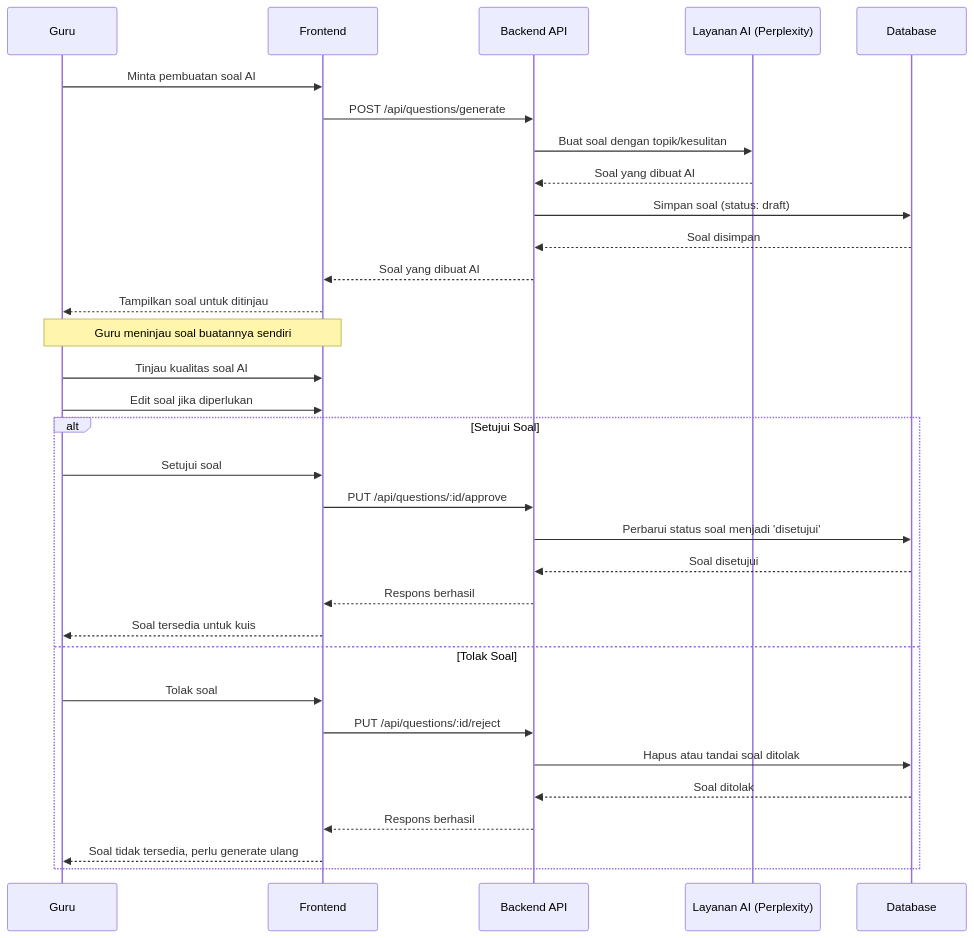
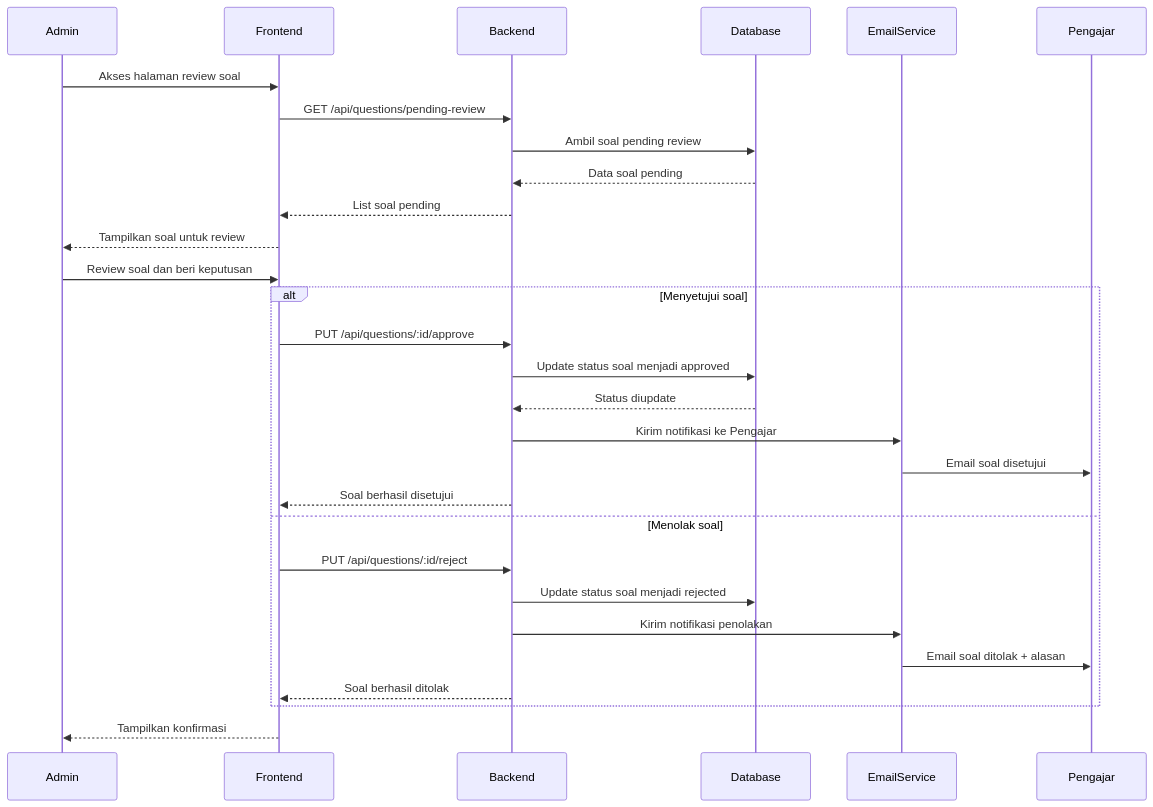
The sixth of 10 diagrams in sequence-diagrams.md (jonito2005/exam-expert-ai-docs), drawn with Mermaid before and after one commit. The commit also changed other lines of this file, not shown here.

````diff
--- a/sequence-diagrams.md
+++ b/sequence-diagrams.md
@@ -101,37 +146,32 @@
 ```mermaid
 sequenceDiagram
-    participant T as Guru
-    participant F as Frontend
-    participant API as Backend API
-    participant AI as Layanan AI (Perplexity)
-    participant DB as Database
+    participant Admin
+    participant Frontend
+    participant Backend
+    participant Database
+    participant EmailService
+    participant Pengajar
 
-    T->>F: Minta pembuatan soal AI
-    F->>API: POST /api/questions/generate
-    API->>AI: Buat soal dengan topik/kesulitan
-    AI-->>API: Soal yang dibuat AI
-    API->>DB: Simpan soal (status: draft)
-    DB-->>API: Soal disimpan
-    API-->>F: Soal yang dibuat AI
-    F-->>T: Tampilkan soal untuk ditinjau
-
-    Note over T,F: Guru meninjau soal buatannya sendiri
-    T->>F: Tinjau kualitas soal AI
-    T->>F: Edit soal jika diperlukan
-    
-    alt Setujui Soal
-        T->>F: Setujui soal
-        F->>API: PUT /api/questions/:id/approve
-        API->>DB: Perbarui status soal menjadi 'disetujui'
-        DB-->>API: Soal disetujui
-        API-->>F: Respons berhasil
-        F-->>T: Soal tersedia untuk kuis
-    else Tolak Soal
-        T->>F: Tolak soal
-        F->>API: PUT /api/questions/:id/reject
-        API->>DB: Hapus atau tandai soal ditolak
-        DB-->>API: Soal ditolak
-        API-->>F: Respons berhasil
-        F-->>T: Soal tidak tersedia, perlu generate ulang
+    Admin->>Frontend: Akses halaman review soal
+    Frontend->>Backend: GET /api/questions/pending-review
+    Backend->>Database: Ambil soal pending review
+    Database-->>Backend: Data soal pending
+    Backend-->>Frontend: List soal pending
+    Frontend-->>Admin: Tampilkan soal untuk review
+    Admin->>Frontend: Review soal dan beri keputusan
+    alt Menyetujui soal
+        Frontend->>Backend: PUT /api/questions/:id/approve
+        Backend->>Database: Update status soal menjadi approved
+        Database-->>Backend: Status diupdate
+        Backend->>EmailService: Kirim notifikasi ke Pengajar
+        EmailService->>Pengajar: Email soal disetujui
+        Backend-->>Frontend: Soal berhasil disetujui
+    else Menolak soal
+        Frontend->>Backend: PUT /api/questions/:id/reject
+        Backend->>Database: Update status soal menjadi rejected
+        Backend->>EmailService: Kirim notifikasi penolakan
+        EmailService->>Pengajar: Email soal ditolak + alasan
+        Backend-->>Frontend: Soal berhasil ditolak
     end
+    Frontend-->>Admin: Tampilkan konfirmasi
 ```
````
